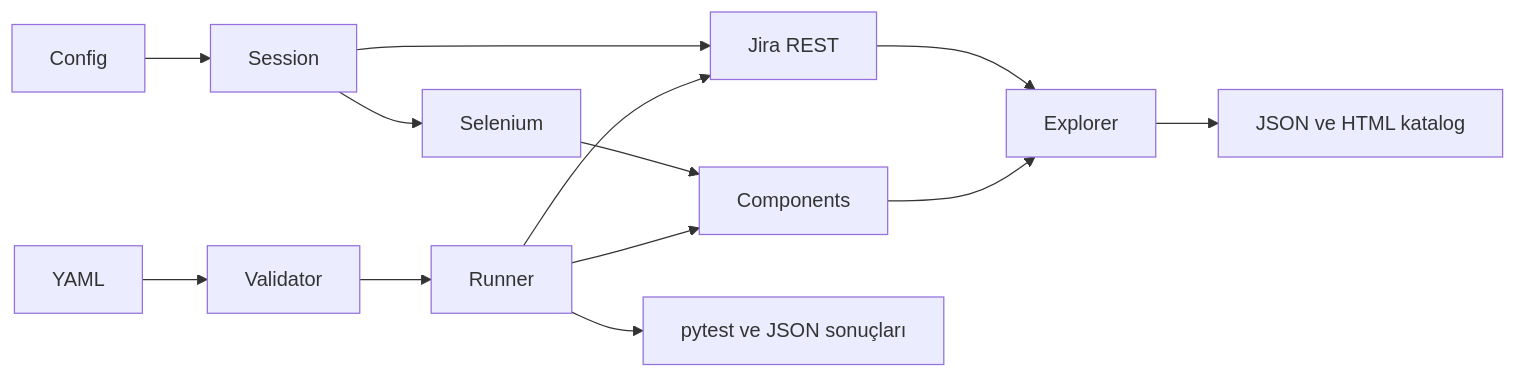
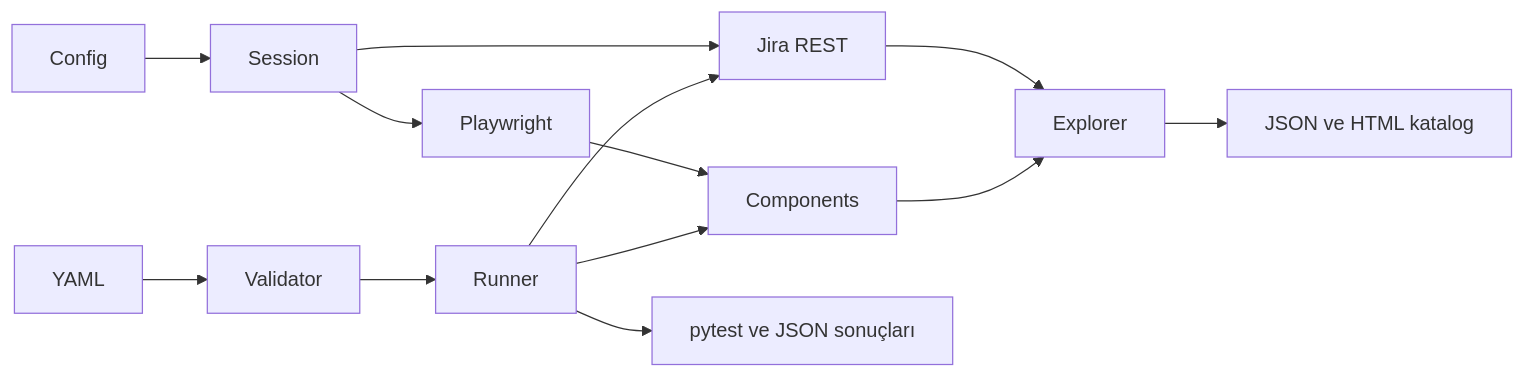
The diagram in docs/architecture.md (yacanka/jira-automation), drawn with Mermaid before and after one commit. The commit also changed other lines of this file and 70 other files, not shown here.

````diff
--- a/docs/architecture.md
+++ b/docs/architecture.md
@@ -16,15 +16,15 @@
 ```mermaid
 flowchart LR
     Config --> Session
     Session --> API[Jira REST]
-    Session --> Browser[Selenium]
+    Session --> Browser[Playwright]
     API --> Explorer
     Browser --> Components
     Components --> Explorer
     Explorer --> Catalog[JSON ve HTML katalog]
     YAML --> Validator
     Validator --> Runner
     Runner --> API
     Runner --> Components
     Runner --> Results[pytest ve JSON sonuçları]
 ```
````
